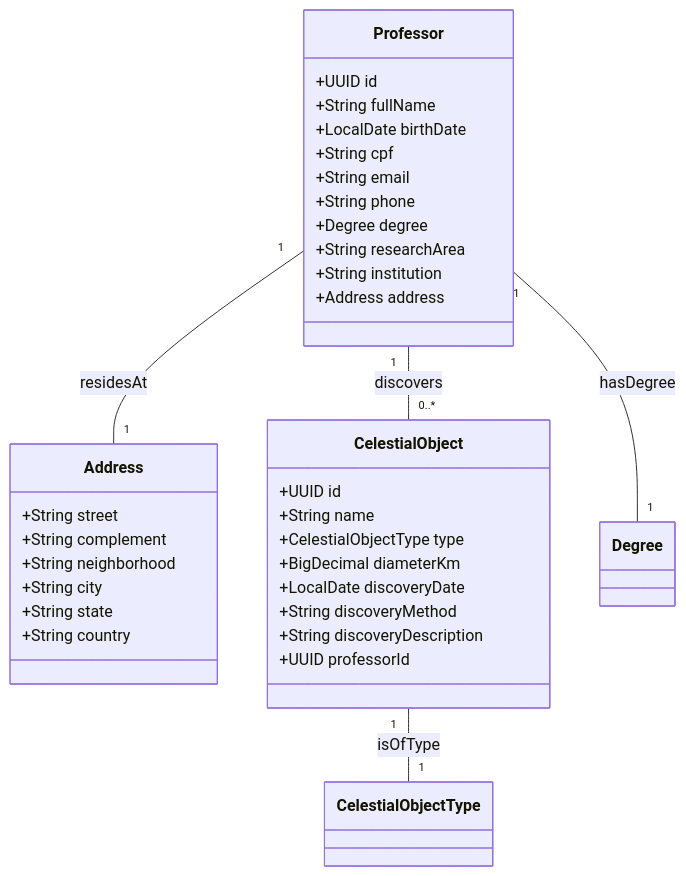
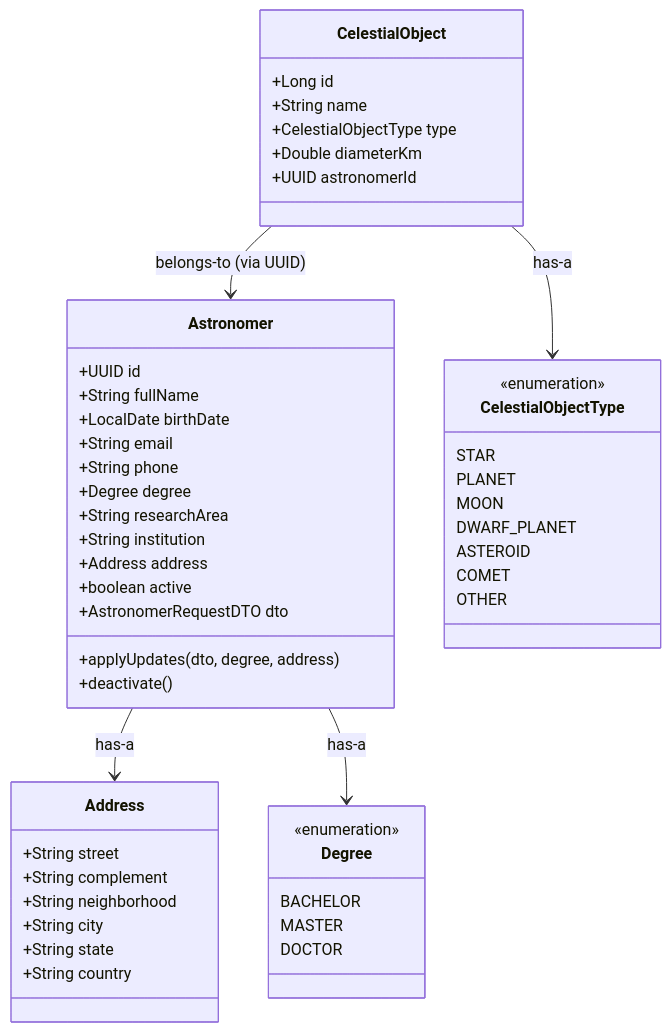
Before and after one commit to DaniloVolles/AstronomerAPI: the diagram in README.md, drawn with Mermaid. The commit also changed other lines of this file and 1 other file, not shown here.

````diff
--- a/README.md
+++ b/README.md
@@ -1,42 +132,60 @@
 ```mermaid
 classDiagram
-    class Professor {
-        +UUID id
-        +String fullName
-        +LocalDate birthDate
-        +String cpf
-        +String email
-        +String phone
-        +Degree degree
-        +String researchArea
-        +String institution
-        +Address address
-    }
     class Address {
         +String street
         +String complement
         +String neighborhood
         +String city
         +String state
         +String country
     }
+
+    class Astronomer {
+        +UUID id
+        +String fullName
+        +LocalDate birthDate
+        +String email
+        +String phone
+        +Degree degree
+        +String researchArea
+        +String institution
+        +Address address
+        +boolean active
+        +AstronomerRequestDTO dto
+        +applyUpdates(dto, degree, address)
+        +deactivate()
+    }
+
     class CelestialObject {
-        +UUID id
+        +Long id
         +String name
         +CelestialObjectType type
-        +BigDecimal diameterKm
-        +LocalDate discoveryDate
-        +String discoveryMethod
-        +String discoveryDescription
-        +UUID professorId
+        +Double diameterKm
+        +UUID astronomerId
     }
-    class Degree
-    class CelestialObjectType
 
-    %% Relações
-    Professor "1" -- "1" Address       : residesAt
-    Professor "1" -- "0..*" CelestialObject : discovers
-    Professor "1" -- "1" Degree        : hasDegree
-    CelestialObject "1" -- "1" CelestialObjectType : isOfType
+    class CelestialObjectType {
+        <<enumeration>>
+        STAR
+        PLANET
+        MOON
+        DWARF_PLANET
+        ASTEROID
+        COMET
+        OTHER
+    }
+
+    class Degree {
+        <<enumeration>>
+        BACHELOR
+        MASTER
+        DOCTOR
+    }
+
+    %% Relacionamentos
+    Astronomer --> Address : has-a
+    Astronomer --> Degree : has-a
+    CelestialObject --> CelestialObjectType : has-a
+    CelestialObject --> Astronomer : belongs-to (via UUID)
 
 ```
````
